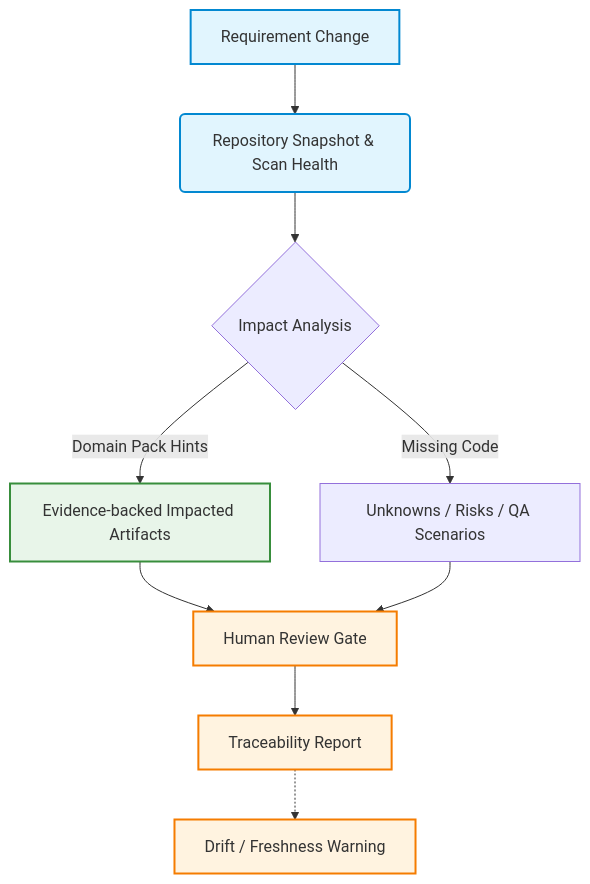
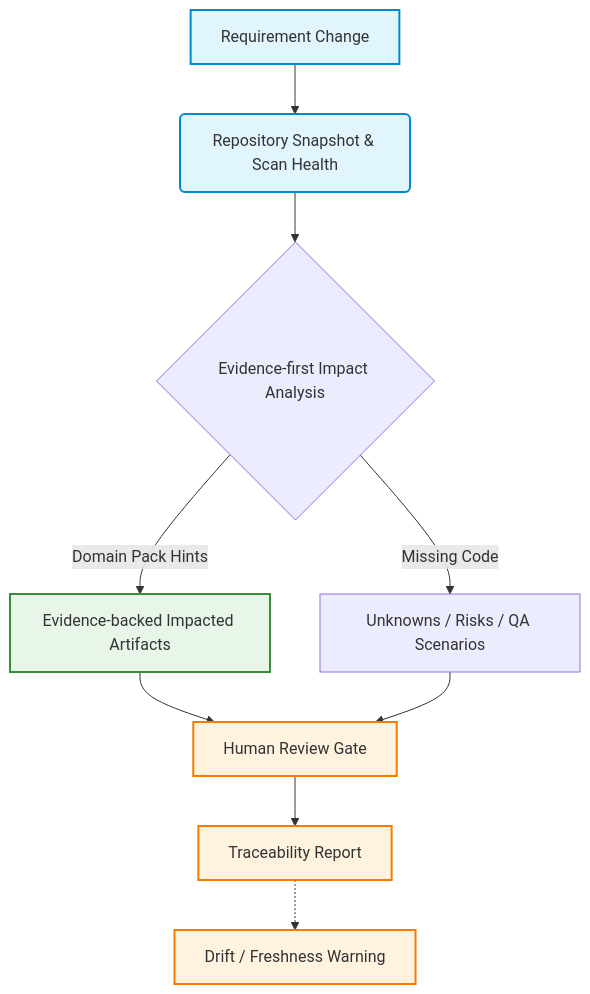
The first of 3 diagrams in docs/demo/visual-proof-pack.md (hungthinh1104/BA_Helper), drawn with Mermaid before and after one commit. The commit also changed other lines of this file and 13 other files, not shown here.

````diff
--- a/docs/demo/visual-proof-pack.md
+++ b/docs/demo/visual-proof-pack.md
@@ -7,18 +7,18 @@
 ```mermaid
 graph TD
     A[Requirement Change] --> B(Repository Snapshot & Scan Health)
-    B --> C{Impact Analysis}
+    B --> C{Evidence-first Impact Analysis}
     C -->|Domain Pack Hints| D[Evidence-backed Impacted Artifacts]
     C -->|Missing Code| E[Unknowns / Risks / QA Scenarios]
     D --> F[Human Review Gate]
     E --> F
     F --> G[Traceability Report]
     G -.-> H[Drift / Freshness Warning]
     
     classDef secure fill:#e1f5fe,stroke:#0288d1,stroke-width:2px;
     classDef evidence fill:#e8f5e9,stroke:#388e3c,stroke-width:2px;
     classDef review fill:#fff3e0,stroke:#f57c00,stroke-width:2px;
     class A,B secure;
     class D evidence;
     class F,G,H review;
 ```
````
